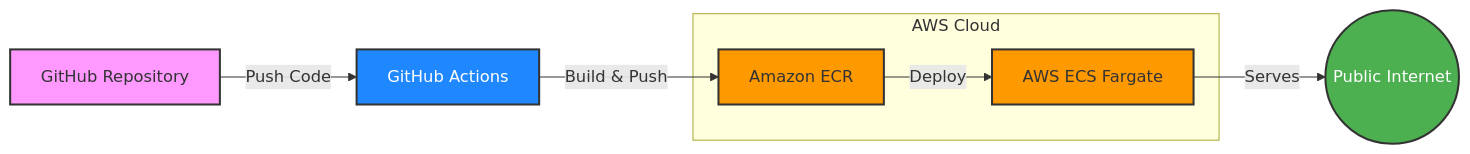
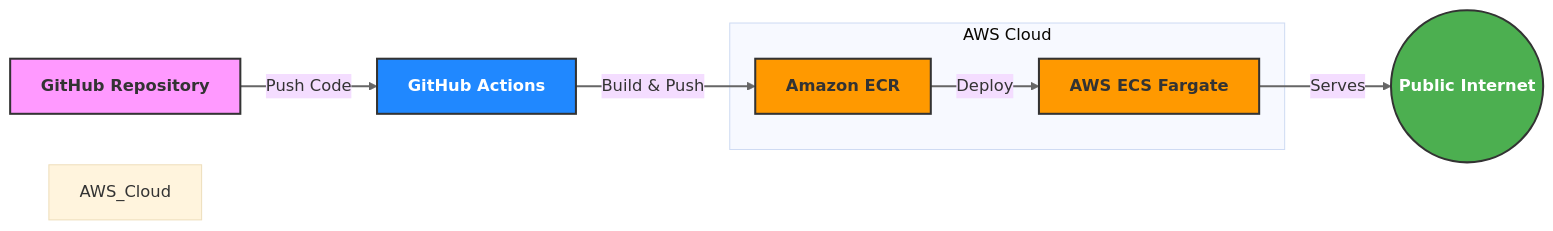
Before and after one commit to matthewntsiful/aws-ecs-deployment: the diagram in README.md, drawn with Mermaid.

````diff
--- a/README.md
+++ b/README.md
@@ -39,18 +39,30 @@
 ```mermaid
+%%{init: {'theme': 'base', 'themeVariables': { 'fontSize': '16px', 'fontFamily': 'Arial' }}}%%
 flowchart LR
     A[GitHub Repository] -->|Push Code| B[GitHub Actions]
     B -->|Build & Push| C[Amazon ECR]
     C -->|Deploy| D[AWS ECS Fargate]
     D -->|Serves| E((Public Internet))
     
     subgraph AWS Cloud
         C
         D
     end
     
-    style A fill:#f9f,stroke:#333,stroke-width:2px
-    style B fill:#2088FF,stroke:#333,stroke-width:2px,color:white
-    style C fill:#FF9900,stroke:#333,stroke-width:2px
-    style D fill:#FF9900,stroke:#333,stroke-width:2px
-    style E fill:#4CAF50,stroke:#333,stroke-width:2px,color:white
+    %% Styling for nodes
+    classDef github fill:#f9f,stroke:#333,stroke-width:2px,font-weight:bold
+    classDef githubActions fill:#2088FF,stroke:#333,stroke-width:2px,color:white,font-weight:bold
+    classDef awsService fill:#FF9900,stroke:#333,stroke-width:2px,font-weight:bold
+    classDef internet fill:#4CAF50,stroke:#333,stroke-width:2px,color:white,font-weight:bold
+    
+    class A github
+    class B githubActions
+    class C,D awsService
+    class E internet
+    
+    %% Make the diagram wider
+    linkStyle default stroke:#666,stroke-width:2px
+    
+    %% Add some spacing
+    style AWS_Cloud padding:20px
 ```
````
